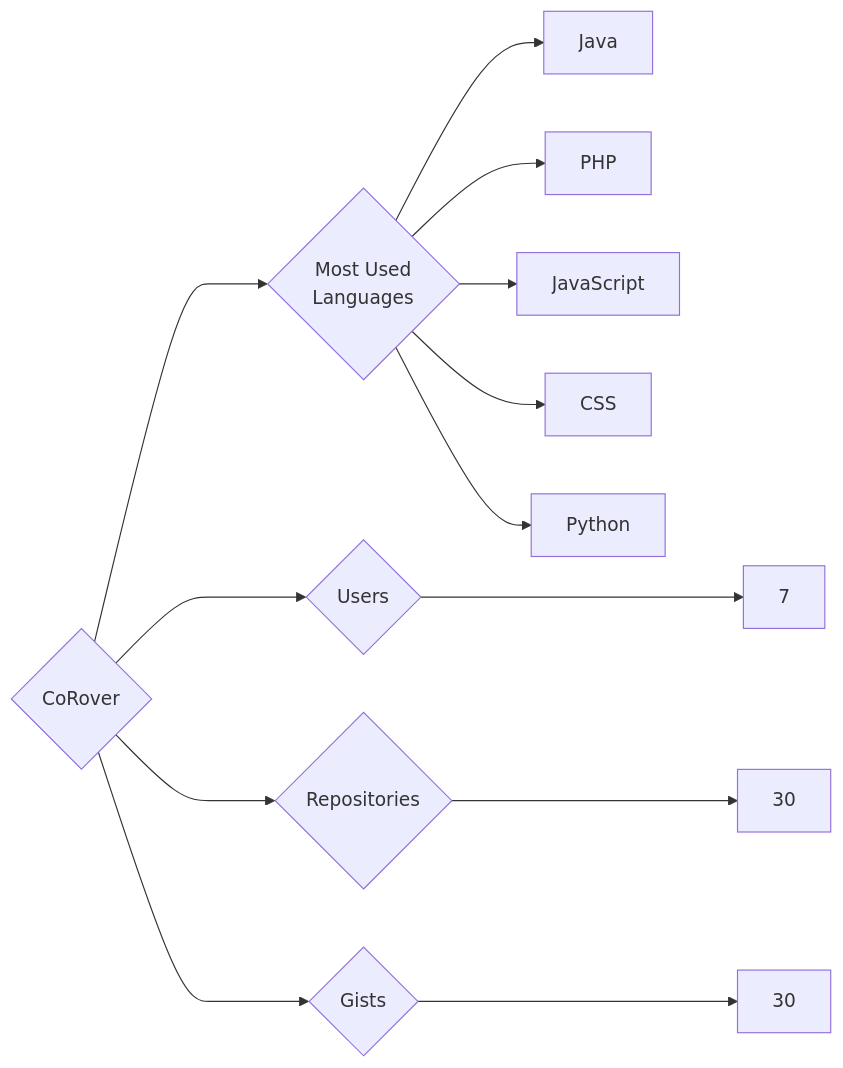
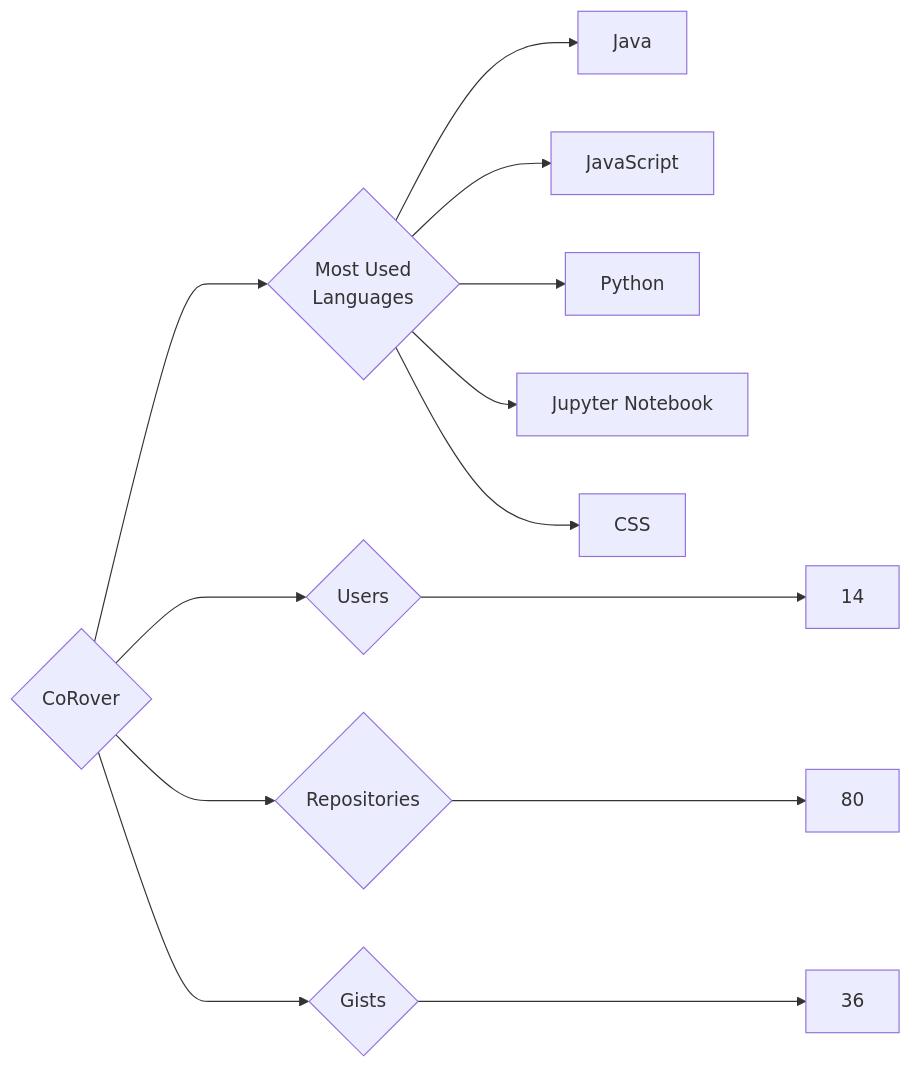
The diagram in targets/CoRover/README.md (trickest/insiders), drawn with Mermaid before and after one commit. The commit also changed 1020 other files, not shown here.

````diff
--- a/targets/CoRover/README.md
+++ b/targets/CoRover/README.md
@@ -3,13 +3,13 @@
 ```mermaid
 graph LR
 COMPANY_NAME{CoRover}
-COMPANY_NAME ---> U{Users} ---> UN[7]
-COMPANY_NAME ---> R{Repositories} ---> RN[30]
-COMPANY_NAME ---> G{Gists} ---> GN[30]
+COMPANY_NAME ---> U{Users} ---> UN[14]
+COMPANY_NAME ---> R{Repositories} ---> RN[80]
+COMPANY_NAME ---> G{Gists} ---> GN[36]
 COMPANY_NAME ---> ML{Most Used<br>Languages}
 ML --> Java[Java]
-ML --> PHP[PHP]
 ML --> JavaScript[JavaScript]
+ML --> Python[Python]
+ML --> Jupyter_Notebook[Jupyter Notebook]
 ML --> CSS[CSS]
-ML --> Python[Python]
 ```
````
